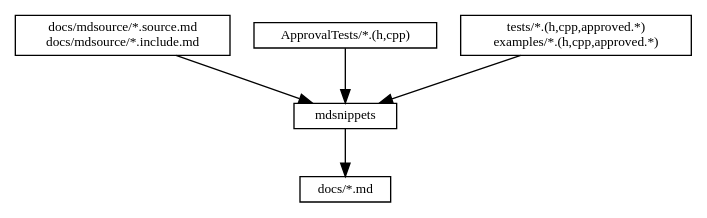
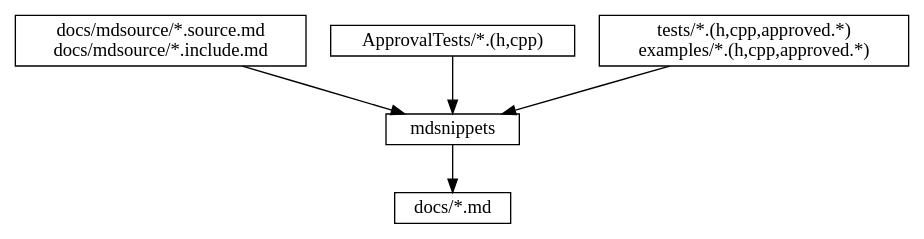
Before and after one commit to approvals/ApprovalTests.cpp: the diagram in doc/images/source/mdsnippets_flow.dot, drawn with Graphviz. The commit also changed 5 other files, not shown here.

```diff
--- a/doc/images/source/mdsnippets_flow.dot
+++ b/doc/images/source/mdsnippets_flow.dot
@@ -1,19 +1,19 @@
 digraph mdsnippets_flow {
     rankdir = "TB"
-    node [fontsize = 10, shape = box, height = 0.25]
-    edge [fontsize = 10]
+    node [fontsize = 14, shape = box, height = 0.25]
+    edge [fontsize = 14]
 
     "mdsnippets"
 
     "docs_mdsource_md" [label = "docs/mdsource/*.source.md\ndocs/mdsource/*.include.md"]
     "docs_mdsource_md" -> "mdsnippets"
 
     "ApprovalTests" [label = "ApprovalTests/*.(h,cpp)"]
     "ApprovalTests" -> "mdsnippets"
 
     "tests_source" [label = "tests/*.(h,cpp,approved.*)\nexamples/*.(h,cpp,approved.*)"]
     "tests_source" -> "mdsnippets"
 
     "docs_md" [label = "docs/*.md"]
     "mdsnippets" -> "docs_md"
 }
```
